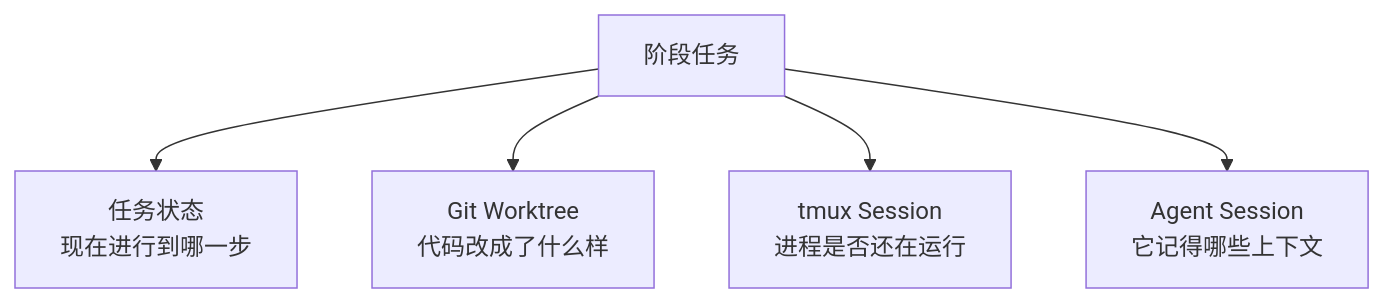
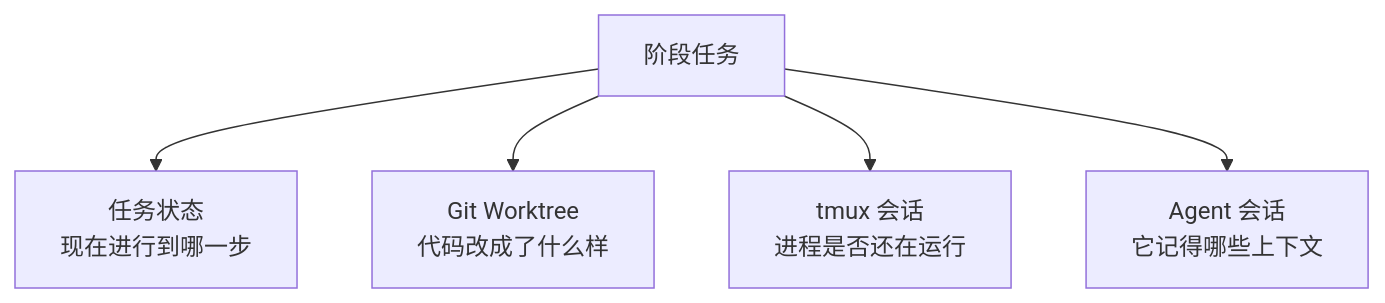
One commit to Penryn/hexo-blog changed the second of 2 diagrams in source/_posts/ai-agent-workflow.md. Above: the diagram before and after it, drawn with Mermaid. The commit also changed other lines of this file, not shown here.

```diff
--- a/source/_posts/ai-agent-workflow.md
+++ b/source/_posts/ai-agent-workflow.md
@@ -143,7 +143,7 @@
 {% mermaid %}
 flowchart TB
     J["阶段任务"] --> S["任务状态<br/>现在进行到哪一步"]
     J --> G["Git Worktree<br/>代码改成了什么样"]
-    J --> T["tmux Session<br/>进程是否还在运行"]
-    J --> E["Agent Session<br/>它记得哪些上下文"]
+    J --> T["tmux 会话<br/>进程是否还在运行"]
+    J --> E["Agent 会话<br/>它记得哪些上下文"]
 {% endmermaid %}
```
